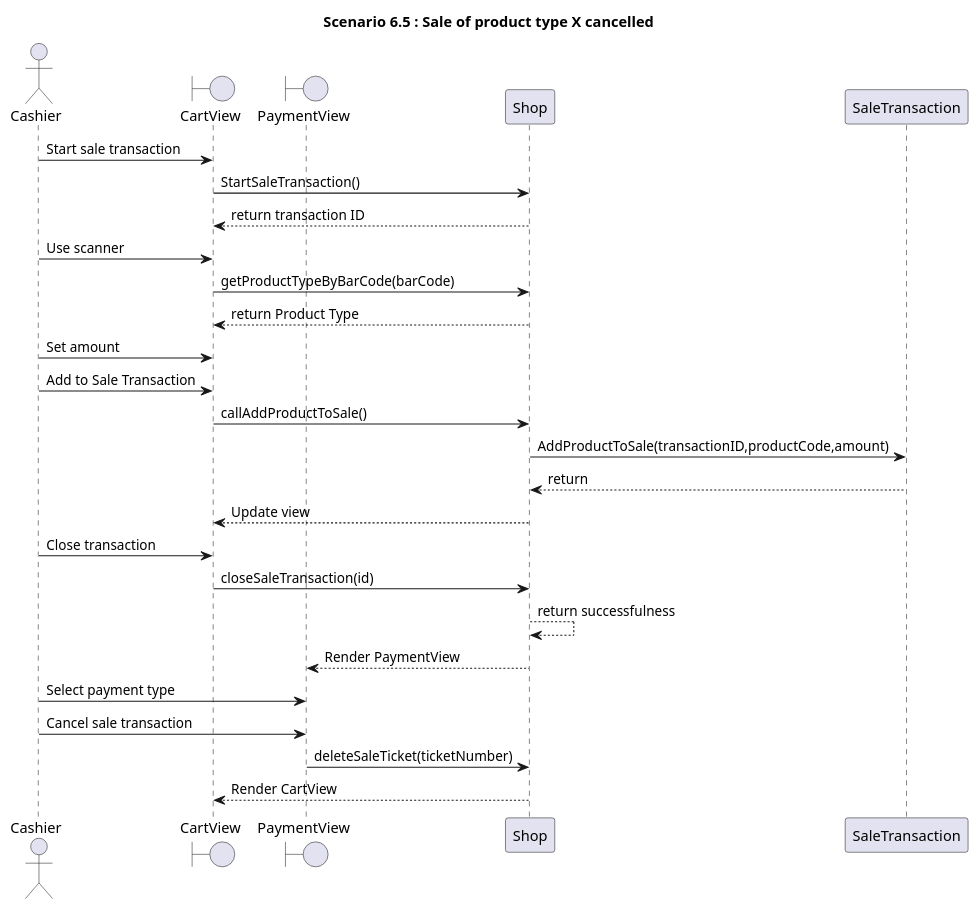
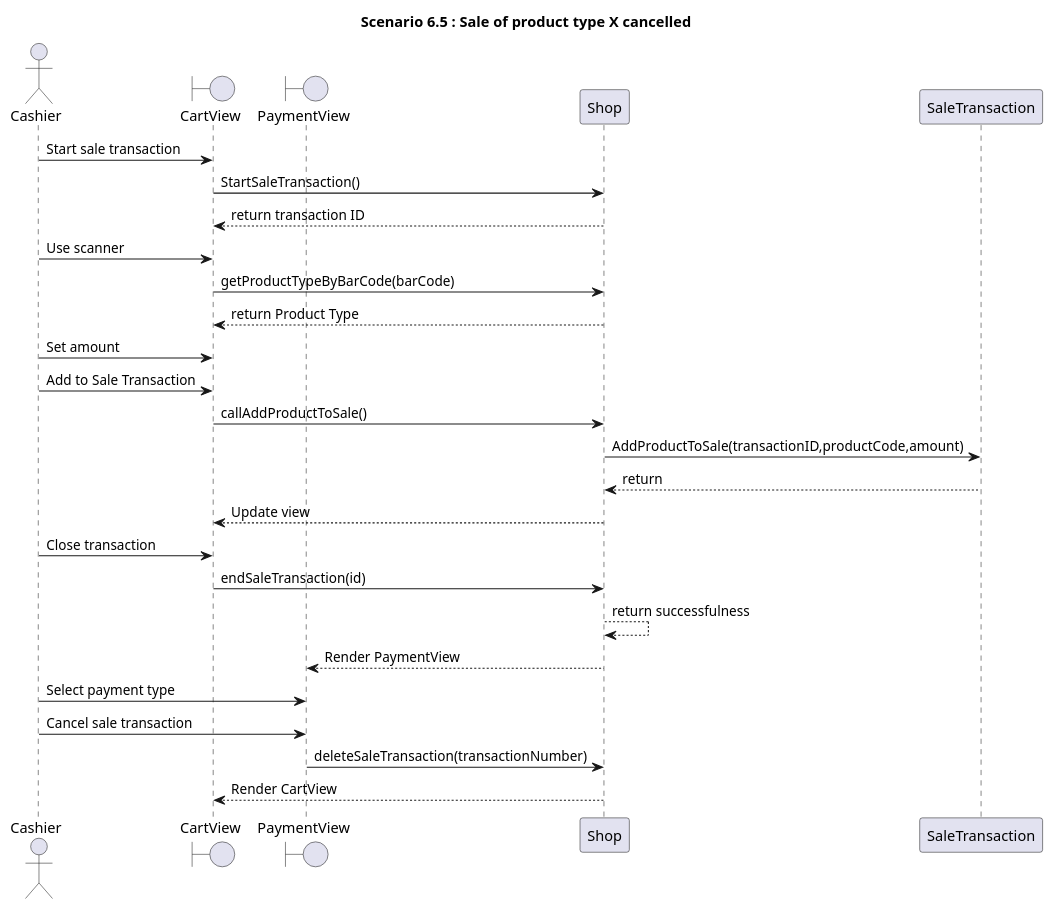
One commit to zitabou/EZShop changed diagram 21 of 31 in Deliverables/DesignDocument.md. Above: the diagram before and after it, drawn with PlantUML. The commit also changed other lines of this file, not shown here.

````diff
--- a/Deliverables/DesignDocument.md
+++ b/Deliverables/DesignDocument.md
@@ -769,45 +762,45 @@
 ```plantuml
 
 title
 **Scenario 6.5** : Sale of product type X cancelled
 end title
 
 'Actors
 actor Cashier
 'Boundaries
 Boundary CartView
 boundary PaymentView
 
 ''''
 'Sequence
 '''''
 'Start sale transaction
 Cashier -> CartView: Start sale transaction
 CartView -> Shop: StartSaleTransaction()
 Shop --> CartView: return transaction ID
 Cashier -> CartView: Use scanner
 CartView ->  Shop: getProductTypeByBarCode(barCode) 
 Shop --> CartView: return Product Type
 
 'Set amount and Add product
 Cashier -> CartView: Set amount
 Cashier -> CartView: Add to Sale Transaction
 CartView -> Shop: callAddProductToSale()
 Shop -> SaleTransaction: AddProductToSale(transactionID,productCode,amount)
 SaleTransaction --> Shop: return
 Shop --> CartView: Update view
 
 'Close transaction
 Cashier -> CartView: Close transaction
-CartView -> Shop: closeSaleTransaction(id)
+CartView -> Shop: endSaleTransaction(id)
 Shop --> Shop: return successfulness
 'Payment
 Shop --> PaymentView: Render PaymentView
 Cashier -> PaymentView: Select payment type
 
 'Cancel the payment
 Cashier -> PaymentView: Cancel sale transaction
-PaymentView -> Shop: deleteSaleTicket(ticketNumber)
+PaymentView -> Shop: deleteSaleTransaction(transactionNumber)
 Shop --> CartView: Render CartView
 
 ```
````
